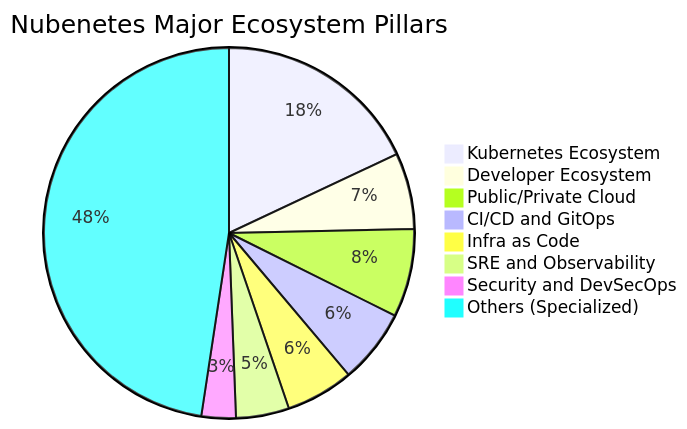
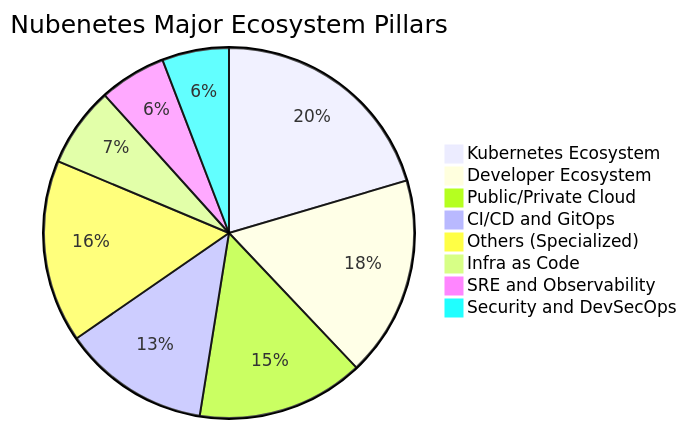
Before and after one commit to nubenetes/awesome-kubernetes: the first of 9 diagrams in README.md, drawn with Mermaid. The commit also changed other lines of this file and 1 other file, not shown here.

````diff
--- a/README.md
+++ b/README.md
@@ -145,11 +146,11 @@
 ```mermaid
 pie title Nubenetes Major Ecosystem Pillars
-    "Kubernetes Ecosystem" : 3034
-    "Developer Ecosystem" : 1121
-    "Public/Private Cloud" : 1298
-    "CI/CD and GitOps" : 1094
-    "Infra as Code" : 997
-    "SRE and Observability" : 781
-    "Security and DevSecOps" : 505
-    "Others (Specialized)" : 8023
+    "Kubernetes Ecosystem" : 3500
+    "Developer Ecosystem" : 3000
+    "Public/Private Cloud" : 2500
+    "CI/CD and GitOps" : 2200
+    "Others (Specialized)" : 2733
+    "Infra as Code" : 1200
+    "SRE and Observability" : 1000
+    "Security and DevSecOps" : 1000
 ```
````
